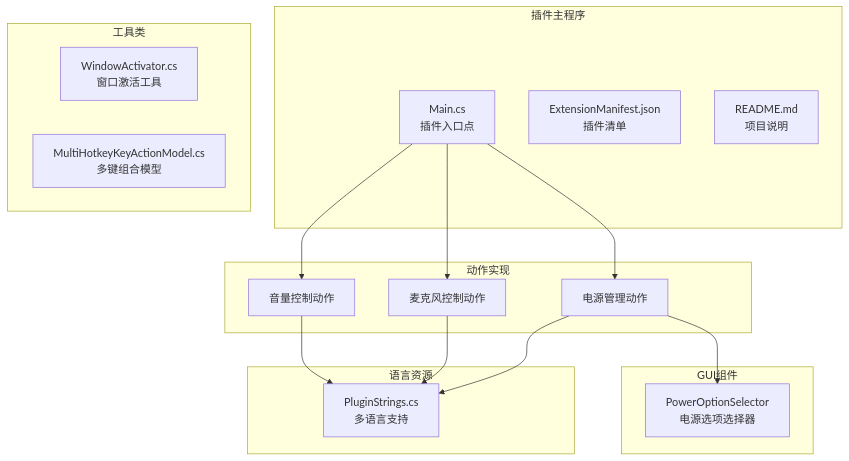
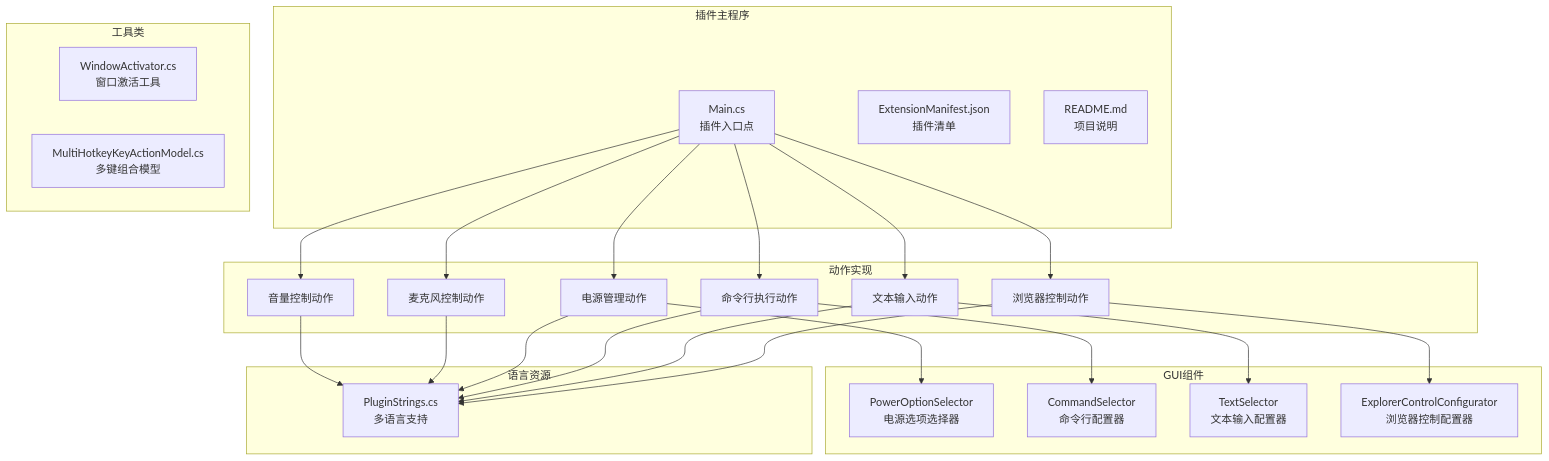
The first of 11 diagrams in .qoder/repowiki/zh/content/核心功能/系统控制功能.md (tea4go/Macro-Deck-Windows-Utils-Plugin), drawn with Mermaid before and after one commit. The commit also changed other lines of this file and 39 other files, not shown here.

````diff
--- a/.qoder/repowiki/zh/content/核心功能/系统控制功能.md
+++ b/.qoder/repowiki/zh/content/核心功能/系统控制功能.md
@@ -38,30 +53,45 @@
 ```mermaid
 graph TB
 subgraph "插件主程序"
 Main[Main.cs<br/>插件入口点]
 Manifest[ExtensionManifest.json<br/>插件清单]
 README[README.md<br/>项目说明]
 end
 subgraph "动作实现"
 Volume[音量控制动作]
 Microphone[麦克风控制动作]
 Power[电源管理动作]
+Commandline[命令行执行动作]
+Text[文本输入动作]
+Explorer[浏览器控制动作]
 end
 subgraph "GUI组件"
 PowerSelector[PowerOptionSelector<br/>电源选项选择器]
+CommandSelector[CommandSelector<br/>命令行配置器]
+TextSelector[TextSelector<br/>文本输入配置器]
+ExplorerControl[ExplorerControlConfigurator<br/>浏览器控制配置器]
 end
 subgraph "语言资源"
 Strings[PluginStrings.cs<br/>多语言支持]
 end
 subgraph "工具类"
 WindowUtils[WindowActivator.cs<br/>窗口激活工具]
 MultiKey[MultiHotkeyKeyActionModel.cs<br/>多键组合模型]
 end
 Main --> Volume
 Main --> Microphone
 Main --> Power
+Main --> Commandline
+Main --> Text
+Main --> Explorer
 Power --> PowerSelector
+Commandline --> CommandSelector
+Text --> TextSelector
+Explorer --> ExplorerControl
 Volume --> Strings
 Microphone --> Strings
 Power --> Strings
+Commandline --> Strings
+Text --> Strings
+Explorer --> Strings
 ```
````
